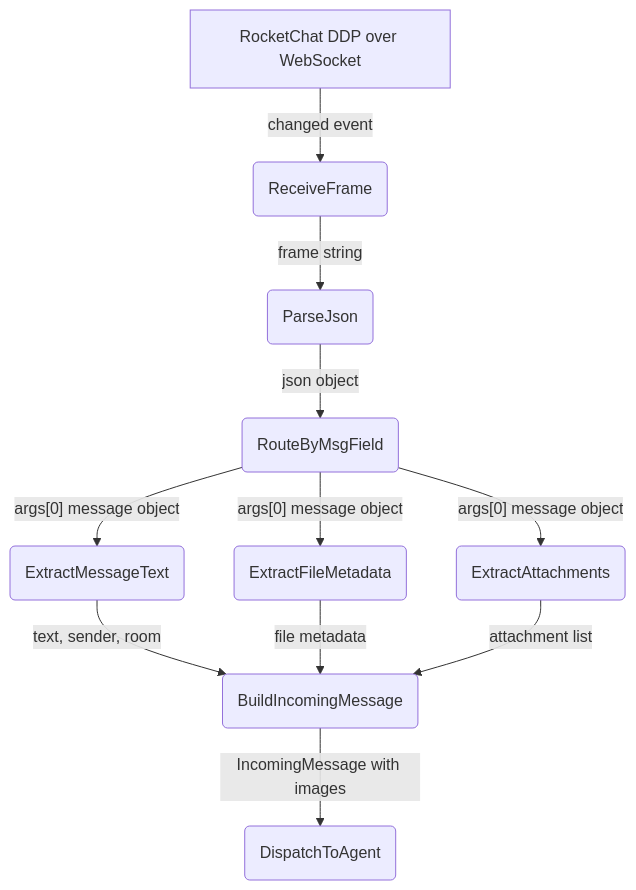
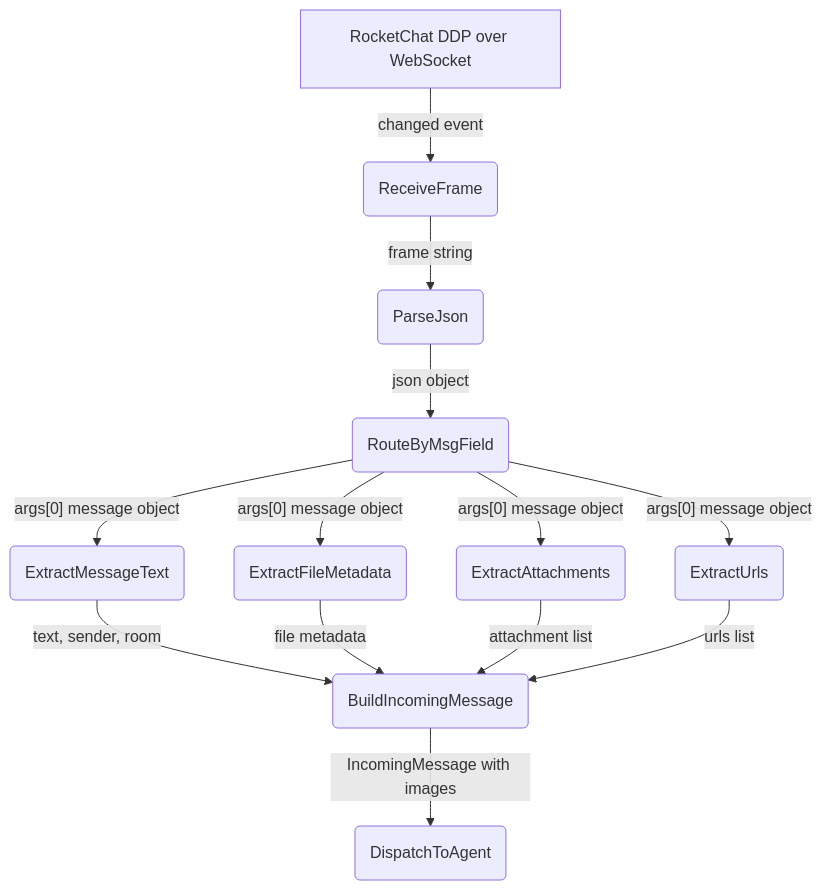
The fourth of 7 diagrams in _dfds/base/rocketchat.md (cosmoswafer/rockbot), drawn with Mermaid before and after one commit. The commit also changed other lines of this file and 9 other files, not shown here.

````diff
--- a/_dfds/base/rocketchat.md
+++ b/_dfds/base/rocketchat.md
@@ -123,23 +123,26 @@
 ```mermaid
 flowchart TD
     WS[RocketChat DDP over WebSocket]
     RCV(ReceiveFrame)
     PARSE(ParseJson)
     ROUTE(RouteByMsgField)
     EXTRACT_MSG(ExtractMessageText)
     EXTRACT_FILE(ExtractFileMetadata)
     EXTRACT_ATTACH(ExtractAttachments)
+    EXTRACT_URLS(ExtractUrls)
     BUILD_MESSAGE(BuildIncomingMessage)
     DISPATCH(DispatchToAgent)
 
     WS -->|"changed event"| RCV
     RCV -->|"frame string"| PARSE
     PARSE -->|"json object"| ROUTE
     ROUTE -->|"args[0] message object"| EXTRACT_MSG
     ROUTE -->|"args[0] message object"| EXTRACT_FILE
     ROUTE -->|"args[0] message object"| EXTRACT_ATTACH
+    ROUTE -->|"args[0] message object"| EXTRACT_URLS
     EXTRACT_MSG -->|"text, sender, room"| BUILD_MESSAGE
     EXTRACT_FILE -->|"file metadata"| BUILD_MESSAGE
     EXTRACT_ATTACH -->|"attachment list"| BUILD_MESSAGE
+    EXTRACT_URLS -->|"urls list"| BUILD_MESSAGE
     BUILD_MESSAGE -->|"IncomingMessage with images"| DISPATCH
 ```
````
